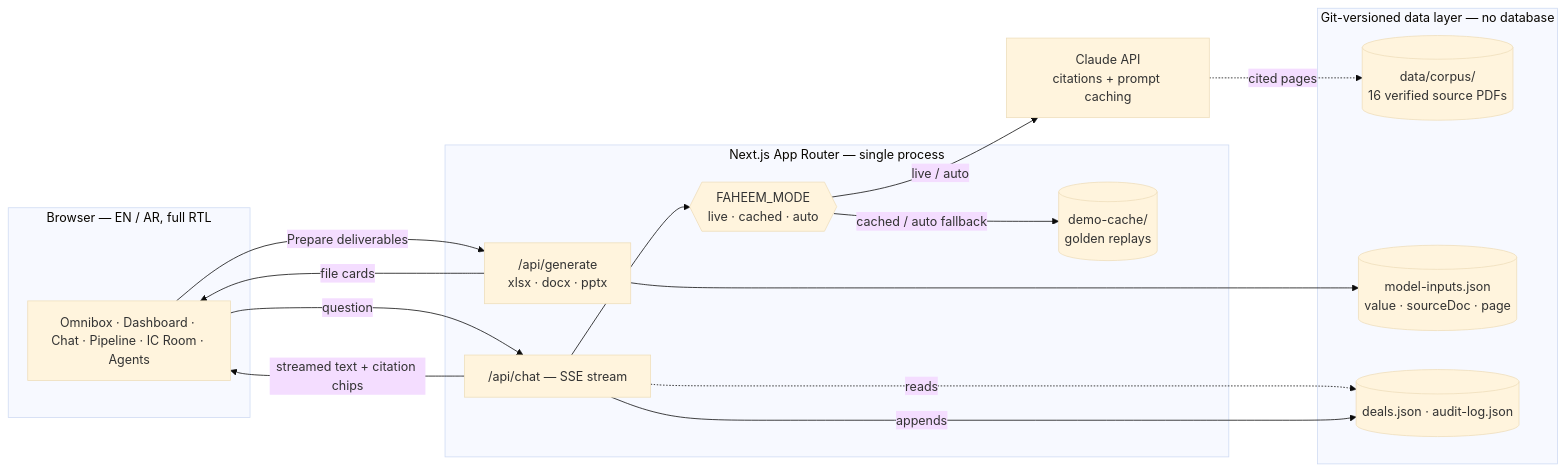
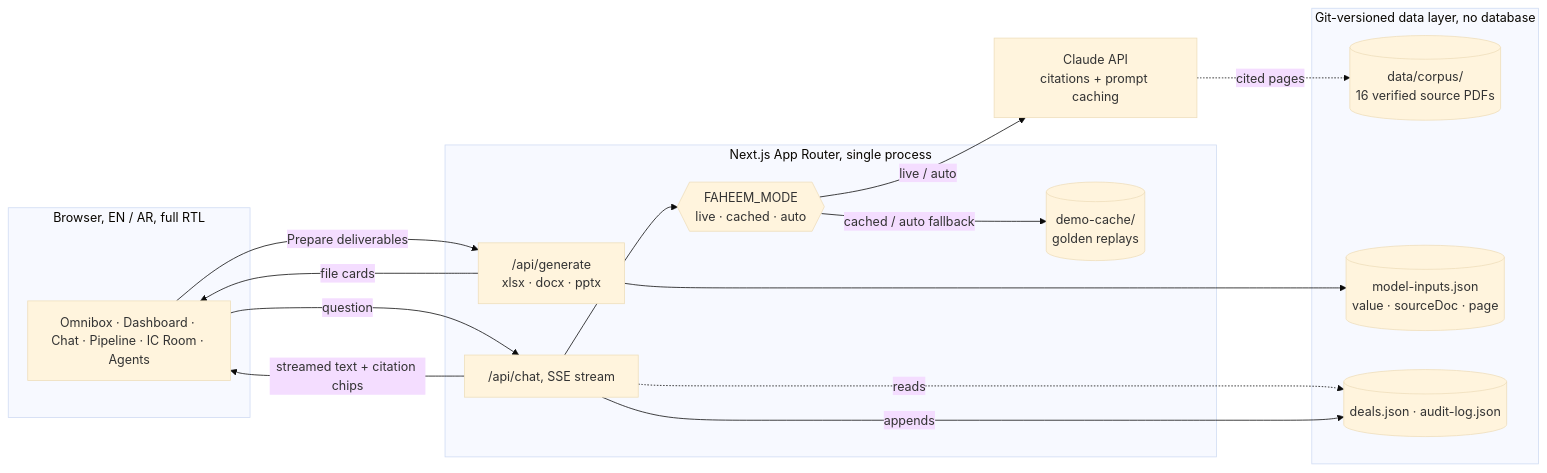
Before and after one commit to sawtag/faheem-new: the diagram in README.md, drawn with Mermaid (base theme). The commit also changed other lines of this file and 234 other files, not shown here.

````diff
--- a/README.md
+++ b/README.md
@@ -152,33 +152,33 @@
 ```mermaid
 flowchart LR
-    subgraph Client["Browser — EN / AR, full RTL"]
+    subgraph Client["Browser, EN / AR, full RTL"]
         UI["Omnibox · Dashboard · Chat · Pipeline · IC Room · Agents"]
     end
 
-    subgraph Server["Next.js App Router — single process"]
-        API["/api/chat — SSE stream"]
+    subgraph Server["Next.js App Router, single process"]
+        API["/api/chat, SSE stream"]
         MODE{{"FAHEEM_MODE\nlive · cached · auto"}}
         CACHE[("demo-cache/\ngolden replays")]
         GEN["/api/generate\nxlsx · docx · pptx"]
     end
 
     CLAUDE["Claude API\ncitations + prompt caching"]
 
-    subgraph Data["Git-versioned data layer — no database"]
+    subgraph Data["Git-versioned data layer, no database"]
         CORPUS[("data/corpus/\n16 verified source PDFs")]
         INPUTS[("model-inputs.json\nvalue · sourceDoc · page")]
         DEALS[("deals.json · audit-log.json")]
     end
 
     UI -- "question" --> API
     API --> MODE
     MODE -- "live / auto" --> CLAUDE
     MODE -- "cached / auto fallback" --> CACHE
     CLAUDE -. "cited pages" .-> CORPUS
     API -- "streamed text + citation chips" --> UI
     UI -- "Prepare deliverables" --> GEN
     GEN --> INPUTS
     GEN -- "file cards" --> UI
     API -. "reads" .-> DEALS
     API -- "appends" --> DEALS
 ```
````
